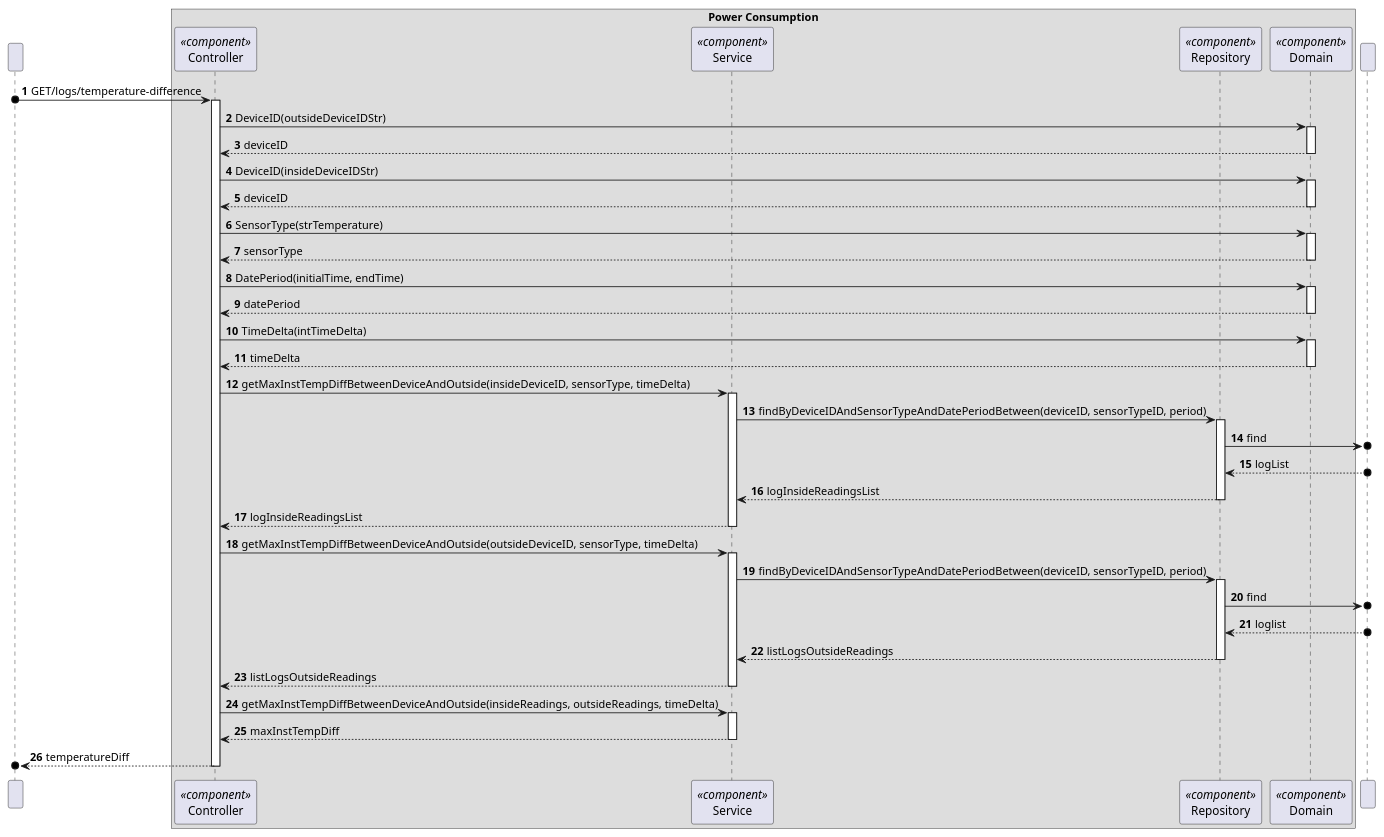
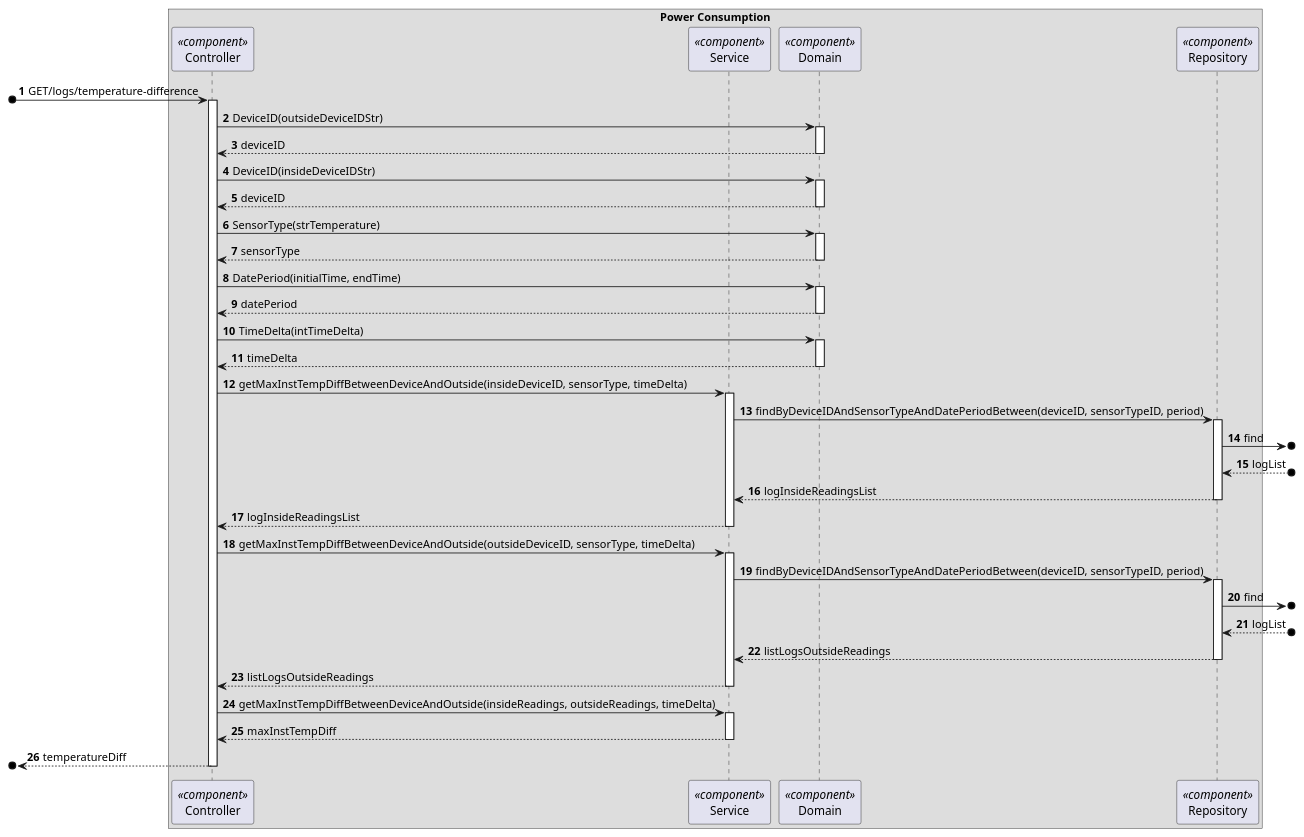
Before and after one commit to moutajDev/smarthome: the diagram in docs/C4_4plus1_models/Level4/ProcessView/ProcessViewLevel4_UC13.puml, drawn with PlantUML. The commit also changed 2 other files, not shown here.

```diff
--- a/docs/C4_4plus1_models/Level4/ProcessView/ProcessViewLevel4_UC13.puml
+++ b/docs/C4_4plus1_models/Level4/ProcessView/ProcessViewLevel4_UC13.puml
@@ -1,102 +1,95 @@
 @startuml
 'https://plantuml.com/sequence-diagram
 
-participant " " as User
+
 box "Power Consumption"
 participant Controller as "Controller"<<component>>
 participant Service as "Service"<<component>>
+participant Domain as "Domain"<<component>>
 participant Repository as "Repository"<<component>>
-participant Domain as "Domain"<<component>>
 end box
 
-participant DataBase as " "
 
 autonumber
 
-User o-> Controller: GET/logs/temperature-difference
+[o-> Controller: GET/logs/temperature-difference
 
 activate Controller
 
 Controller -> Domain :DeviceID(outsideDeviceIDStr)
 activate Domain
 
 Domain --> Controller : deviceID
 deactivate Domain
 
 Controller -> Domain: DeviceID(insideDeviceIDStr)
 activate Domain
 
 Domain --> Controller : deviceID
 deactivate Domain
 
 Controller -> Domain: SensorType(strTemperature)
 activate Domain
 
 Domain --> Controller : sensorType
 deactivate Domain
 
 Controller -> Domain: DatePeriod(initialTime, endTime)
 activate Domain
 
 Domain --> Controller : datePeriod
 deactivate Domain
 
 Controller -> Domain: TimeDelta(intTimeDelta)
 activate Domain
 
 Domain --> Controller : timeDelta
 deactivate Domain
 
 Controller -> Service: getMaxInstTempDiffBetweenDeviceAndOutside(insideDeviceID, sensorType, timeDelta)
 activate Service
 
 Service -> Repository: findByDeviceIDAndSensorTypeAndDatePeriodBetween(deviceID, sensorTypeID, period)
 
 activate Repository
 
-Repository ->o DataBase: find
+Repository ->o] : find
 
 
-DataBase o--> Repository: logList
+Repository <--o] : logList
 
 Repository --> Service: logInsideReadingsList
 deactivate Repository
 
 Service --> Controller: logInsideReadingsList
 deactivate Service
 
 Controller -> Service: getMaxInstTempDiffBetweenDeviceAndOutside(outsideDeviceID, sensorType, timeDelta)
 activate Service
 
 Service -> Repository: findByDeviceIDAndSensorTypeAndDatePeriodBetween(deviceID, sensorTypeID, period)
 
 activate Repository
 
-Repository ->o DataBase: find
+Repository ->o] : find
 
-DataBase o--> Repository: loglist
+Repository <--o] : logList
 
 
 
 Repository --> Service: listLogsOutsideReadings
 deactivate Repository
 
 Service --> Controller: listLogsOutsideReadings
 deactivate Service
 
 Controller -> Service: getMaxInstTempDiffBetweenDeviceAndOutside(insideReadings, outsideReadings, timeDelta)
 activate Service
 
 Service --> Controller: maxInstTempDiff
 deactivate Service
 
-Controller -->o User: temperatureDiff
+[o<-- Controller : temperatureDiff
 deactivate Controller
 
-
-
-
-
-
-
 @enduml
```
